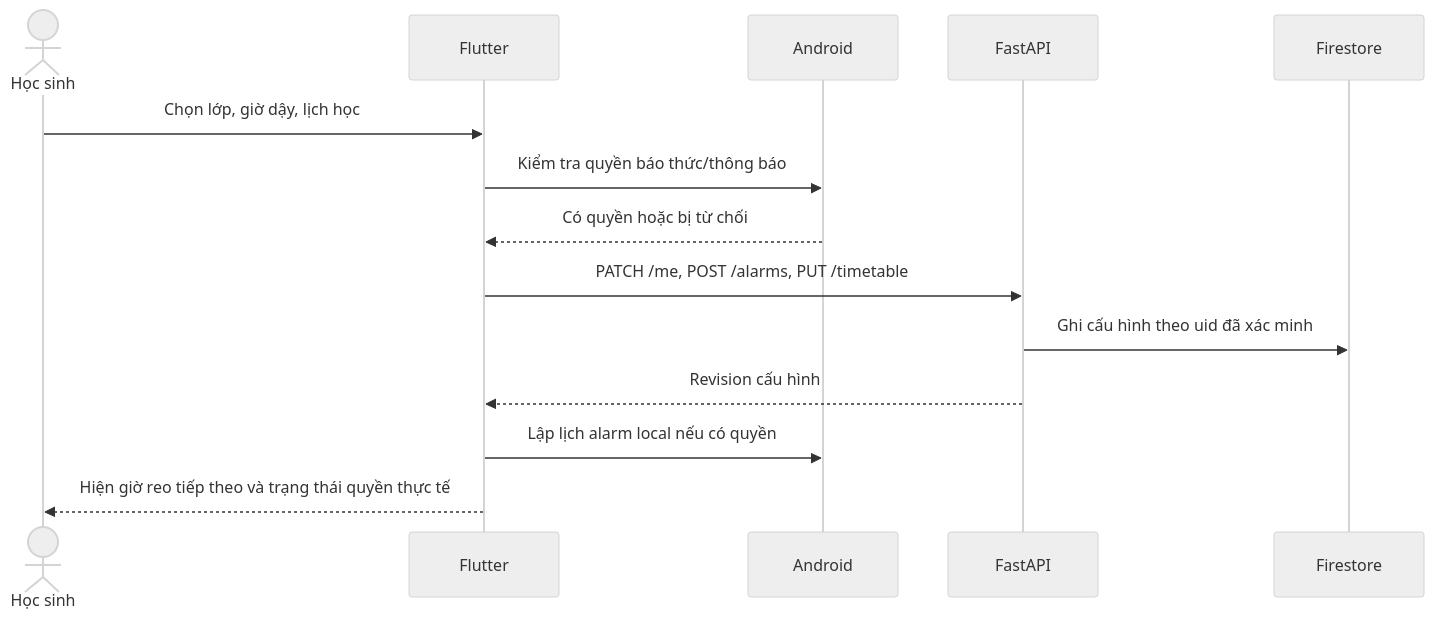
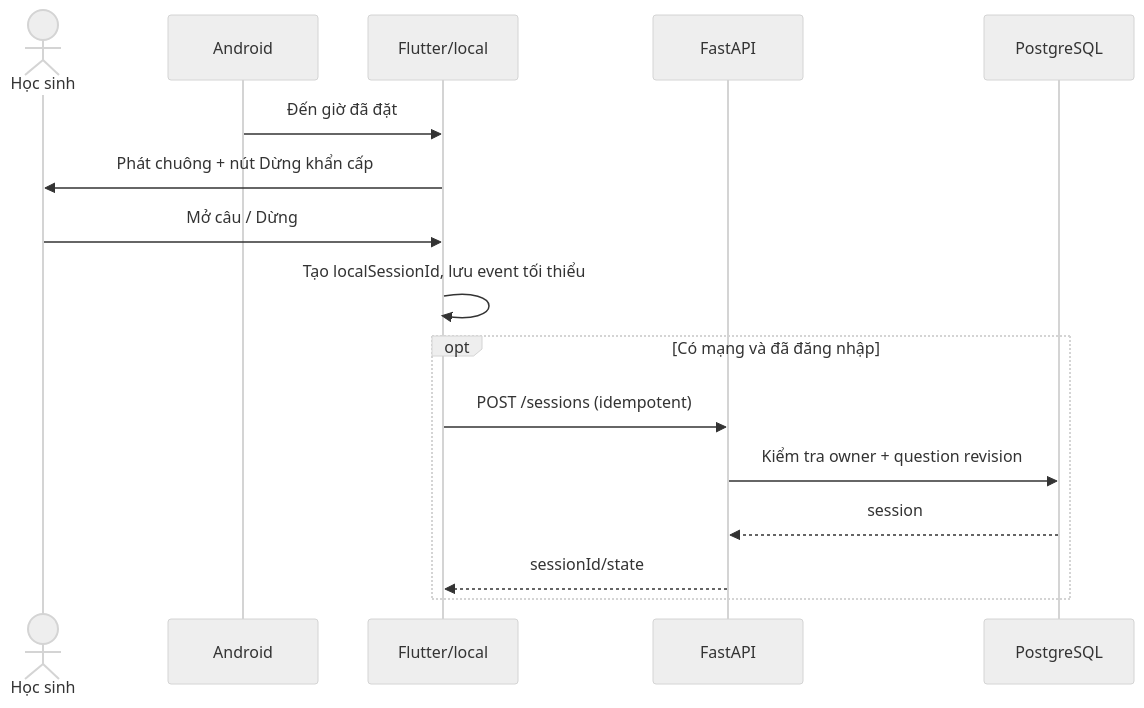
Before and after one commit to Wothing0406/MindClock: the diagram in docs/17-workflow-va-vong-doi-du-lieu.md, drawn with Mermaid (neutral theme). The commit also changed other lines of this file and 35 other files, not shown here.

````diff
--- a/docs/17-workflow-va-vong-doi-du-lieu.md
+++ b/docs/17-workflow-va-vong-doi-du-lieu.md
@@ -7,16 +18,18 @@
 ```mermaid
 sequenceDiagram
   actor H as Học sinh
-  participant M as Flutter
   participant OS as Android
+  participant M as Flutter/local
   participant API as FastAPI
-  participant DB as Firestore
-  H->>M: Chọn lớp, giờ dậy, lịch học
-  M->>OS: Kiểm tra quyền báo thức/thông báo
-  OS-->>M: Có quyền hoặc bị từ chối
-  M->>API: PATCH /me, POST /alarms, PUT /timetable
-  API->>DB: Ghi cấu hình theo uid đã xác minh
-  API-->>M: Revision cấu hình
-  M->>OS: Lập lịch alarm local nếu có quyền
-  M-->>H: Hiện giờ reo tiếp theo và trạng thái quyền thực tế
+  participant DB as PostgreSQL
+  OS->>M: Đến giờ đã đặt
+  M->>H: Phát chuông + nút Dừng khẩn cấp
+  H->>M: Mở câu / Dừng
+  M->>M: Tạo localSessionId, lưu event tối thiểu
+  opt Có mạng và đã đăng nhập
+    M->>API: POST /sessions (idempotent)
+    API->>DB: Kiểm tra owner + question revision
+    DB-->>API: session
+    API-->>M: sessionId/state
+  end
 ```
````
